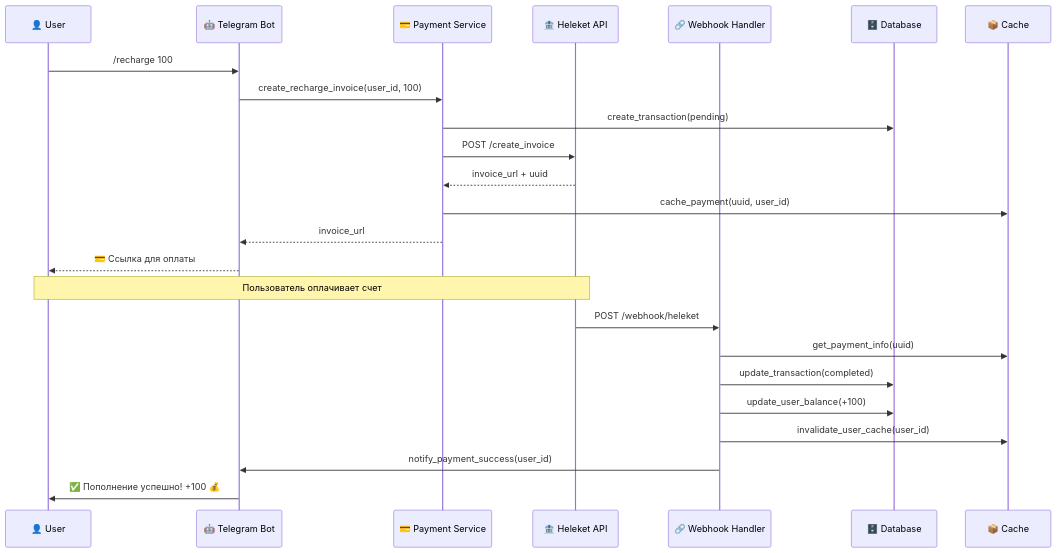
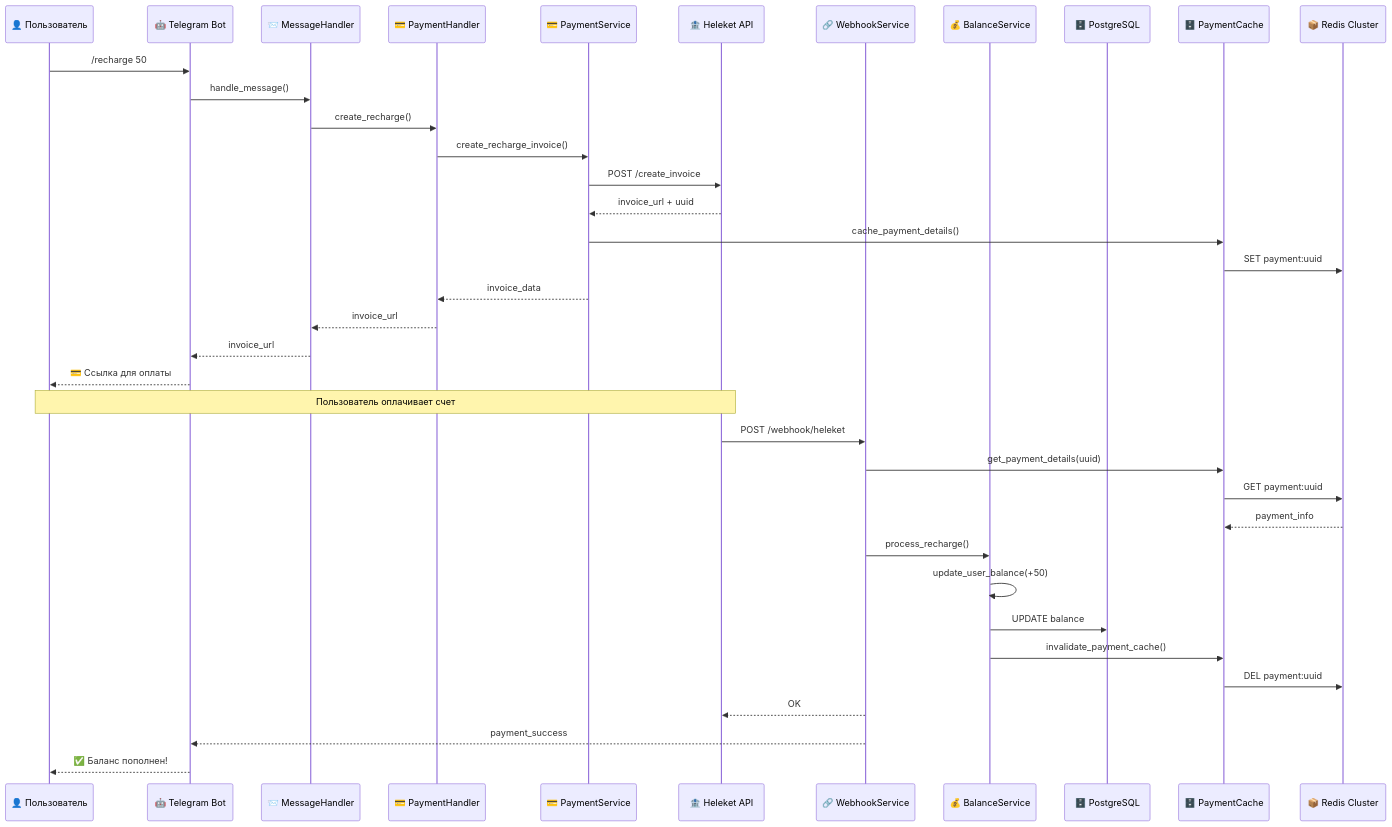
One commit to neKamita/Mirza-Telegram-Shop-Bot changed the tenth of 15 diagrams in docs/ARCHITECTURE.md. Above: the diagram before and after it, drawn with Mermaid. The commit also changed other lines of this file and 7 other files, not shown here.

````diff
--- a/docs/ARCHITECTURE.md
+++ b/docs/ARCHITECTURE.md
@@ -292,29 +427,43 @@
 ```mermaid
 sequenceDiagram
-    participant U as 👤 User
+    participant U as 👤 Пользователь
     participant TB as 🤖 Telegram Bot
-    participant PS as 💳 Payment Service
+    participant MH as 📨 MessageHandler
+    participant PH as 💳 PaymentHandler
+    participant PS as 💳 PaymentService
     participant H as 🏦 Heleket API
-    participant WH as 🔗 Webhook Handler
-    participant DB as 🗄️ Database
-    participant C as 📦 Cache
+    participant WS as 🔗 WebhookService
+    participant BS as 💰 BalanceService
+    participant DB as 🗄️ PostgreSQL
+    participant PC as 🗄️ PaymentCache
+    participant RC as 📦 Redis Cluster
 
-    U->>TB: /recharge 100
-    TB->>PS: create_recharge_invoice(user_id, 100)
-    PS->>DB: create_transaction(pending)
+    U->>TB: /recharge 50
+    TB->>MH: handle_message()
+    MH->>PH: create_recharge()
+    PH->>PS: create_recharge_invoice()
     PS->>H: POST /create_invoice
     H-->>PS: invoice_url + uuid
-    PS->>C: cache_payment(uuid, user_id)
-    PS-->>TB: invoice_url
+    PS->>PC: cache_payment_details()
+    PC->>RC: SET payment:uuid
+    PS-->>PH: invoice_data
+    PH-->>MH: invoice_url
+    MH-->>TB: invoice_url
     TB-->>U: 💳 Ссылка для оплаты
-    
+
     Note over U,H: Пользователь оплачивает счет
-    
-    H->>WH: POST /webhook/heleket
-    WH->>C: get_payment_info(uuid)
-    WH->>DB: update_transaction(completed)
-    WH->>DB: update_user_balance(+100)
-    WH->>C: invalidate_user_cache(user_id)
-    WH->>TB: notify_payment_success(user_id)
-    TB->>U: ✅ Пополнение успешно! +100 💰
+
+    H->>WS: POST /webhook/heleket
+    WS->>PC: get_payment_details(uuid)
+    PC->>RC: GET payment:uuid
+    RC-->>PC: payment_info
+    WS->>BS: process_recharge()
+    BS->>BS: update_user_balance(+50)
+    BS->>DB: UPDATE balance
+    BS->>PC: invalidate_payment_cache()
+    PC->>RC: DEL payment:uuid
+    WS-->>H: OK
+
+    WS-->>TB: payment_success
+    TB-->>U: ✅ Баланс пополнен!
 ```
````
